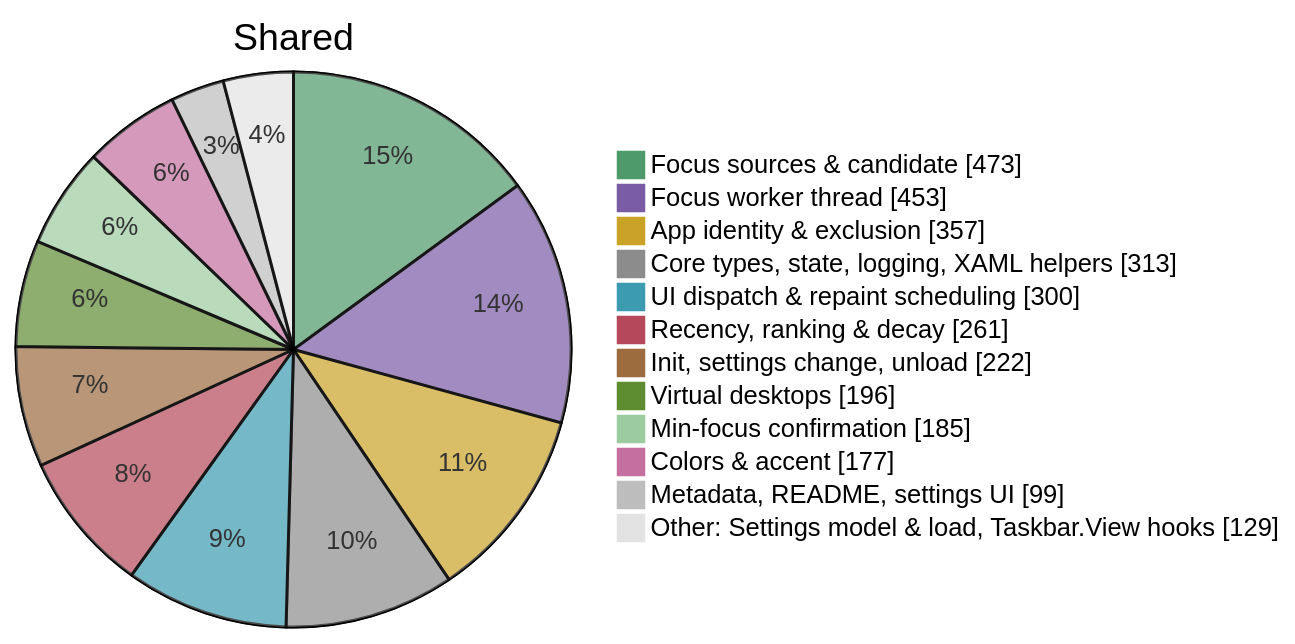
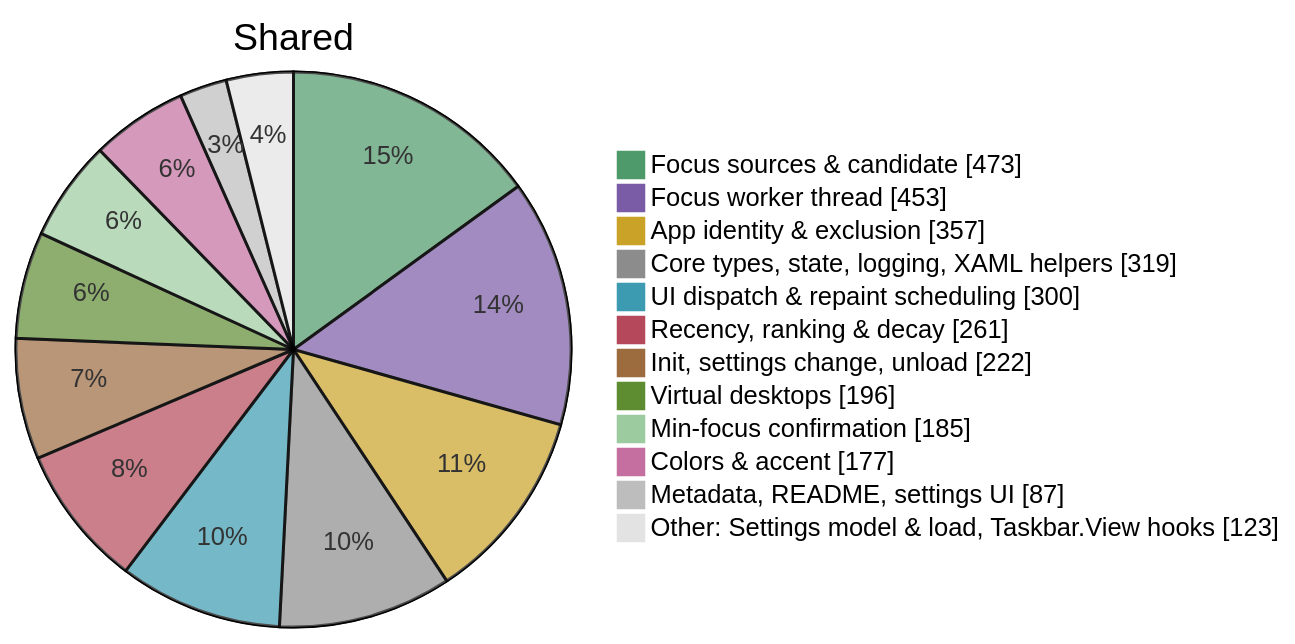
The fourth of 5 diagrams in doc/code/code-breakdown.md (jvlasek/taskbar-recent-focus-highlight), drawn with Mermaid before and after one commit. The commit also changed other lines of this file and 10 other files, not shown here.

````diff
--- a/doc/code/code-breakdown.md
+++ b/doc/code/code-breakdown.md
@@ -134,16 +134,16 @@
 ```mermaid
 %%{init: {"themeVariables": {"pie1": "#4E9A6A", "pie2": "#7A5BA6", "pie3": "#C9A227", "pie4": "#8C8C8C", "pie5": "#3C9BB0", "pie6": "#B5495B", "pie7": "#9C6B3E", "pie8": "#5E8C31", "pie9": "#9CCB9F", "pie10": "#C46FA0", "pie11": "#BDBDBD", "pie12": "#E3E3E3", "pieOuterStrokeWidth": "1px"}}}%%
 pie showData title Shared
     "Focus sources & candidate" : 473
     "Focus worker thread" : 453
     "App identity & exclusion" : 357
-    "Core types, state, logging, XAML helpers" : 313
+    "Core types, state, logging, XAML helpers" : 319
     "UI dispatch & repaint scheduling" : 300
     "Recency, ranking & decay" : 261
     "Init, settings change, unload" : 222
     "Virtual desktops" : 196
     "Min-focus confirmation" : 185
     "Colors & accent" : 177
-    "Metadata, README, settings UI" : 99
-    "Other: Settings model & load, Taskbar.View hooks" : 129
+    "Metadata, README, settings UI" : 87
+    "Other: Settings model & load, Taskbar.View hooks" : 123
 ```
````
